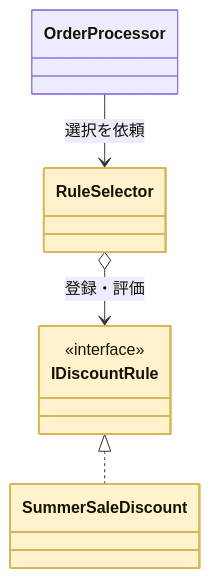
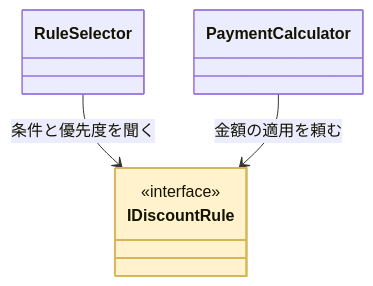
The ninth of 17 diagrams in kindle/design-patterns/output/chapter01.md (kumachan1101-pixel/DesignPattern), drawn with Mermaid before and after one commit. The commit also changed other lines of this file, not shown here.

````diff
--- a/kindle/design-patterns/output/chapter01.md
+++ b/kindle/design-patterns/output/chapter01.md
@@ -1419,14 +1695,10 @@
 ```mermaid
 classDiagram
-    class OrderProcessor
     class RuleSelector
+    class PaymentCalculator
     class IDiscountRule { <<interface>> }
-    class SummerSaleDiscount
-    OrderProcessor --> RuleSelector : 選択を依頼
-    RuleSelector o--> IDiscountRule : 登録・評価
-    IDiscountRule <|.. SummerSaleDiscount
-    class RuleSelector:::focus
+    RuleSelector --> IDiscountRule : 条件と優先度を聞く
+    PaymentCalculator --> IDiscountRule : 金額の適用を頼む
     class IDiscountRule:::focus
-    class SummerSaleDiscount:::focus
     classDef focus fill:#FFF2CC,stroke:#D6B656,stroke-width:2px
 ```
````
